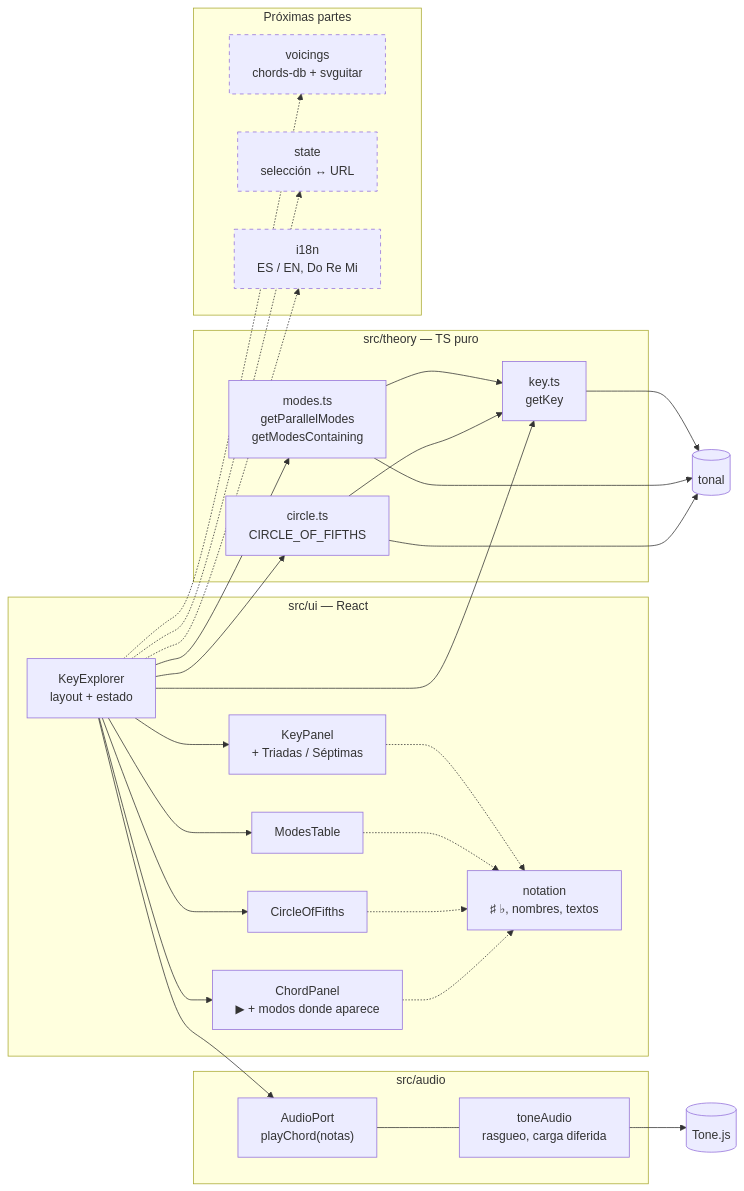
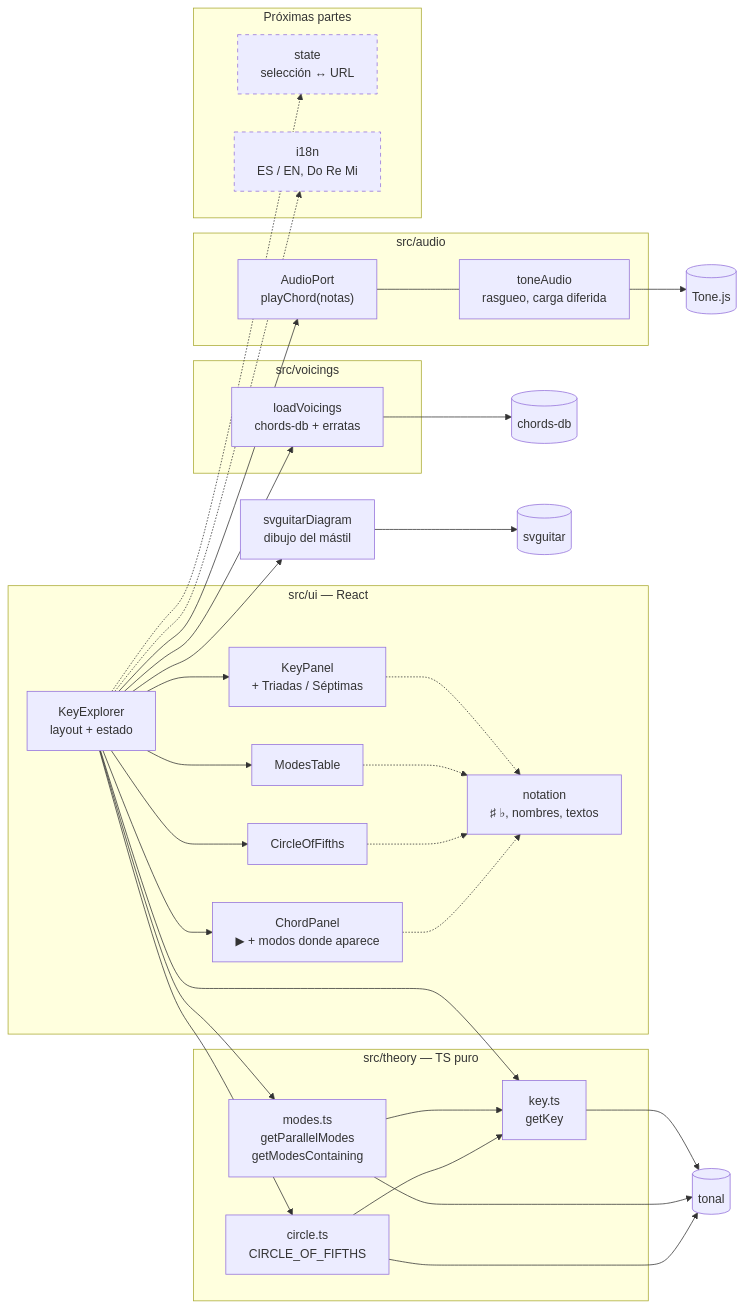
The first of 2 diagrams in README.md (AndresPampa/cheetsheet-guitar), drawn with Mermaid before and after one commit. The commit also changed other lines of this file and 14 other files, not shown here.

````diff
--- a/README.md
+++ b/README.md
@@ -42,46 +43,57 @@
 ```mermaid
 flowchart LR
     subgraph ui["src/ui — React"]
         KE["KeyExplorer<br/>layout + estado"]
         COF["CircleOfFifths"]
         KP["KeyPanel<br/>+ Triadas / Séptimas"]
         MT["ModesTable"]
         CP["ChordPanel<br/>▶ + modos donde aparece"]
         NOT["notation<br/>♯ ♭, nombres, textos"]
         KE --> COF & KP & MT & CP
         KP & MT & COF & CP -.-> NOT
     end
 
     subgraph theory["src/theory — TS puro"]
         KEY["key.ts<br/>getKey"]
         MOD["modes.ts<br/>getParallelModes<br/>getModesContaining"]
         CIR["circle.ts<br/>CIRCLE_OF_FIFTHS"]
         MOD --> KEY
         CIR --> KEY
     end
 
     subgraph audio["src/audio"]
         PORT["AudioPort<br/>playChord(notas)"]
         TONEA["toneAudio<br/>rasgueo, carga diferida"]
         PORT --- TONEA
     end
 
     TONAL[("tonal")]
     TONEJS[("Tone.js")]
 
     KE --> KEY & CIR & MOD
     KE --> PORT
     TONEA --> TONEJS
     KEY & MOD & CIR --> TONAL
 
+    subgraph voicings["src/voicings"]
+        LV["loadVoicings<br/>chords-db + erratas"]
+    end
+
+    DRAW["svguitarDiagram<br/>dibujo del mástil"]
+    CHORDSDB[("chords-db")]
+    SVGUITAR[("svguitar")]
+
+    KE --> LV & DRAW
+    LV --> CHORDSDB
+    DRAW --> SVGUITAR
+
     subgraph next["Próximas partes"]
-        VOI["voicings<br/>chords-db + svguitar"]
         ST["state<br/>selección ↔ URL"]
         I18N["i18n<br/>ES / EN, Do Re Mi"]
     end
 
-    KE -.-> ST & VOI & I18N
+    KE -.-> ST & I18N
 
     classDef planned stroke-dasharray: 5 5
-    class VOI,ST,I18N planned
+    class ST,I18N planned
 ```
````
